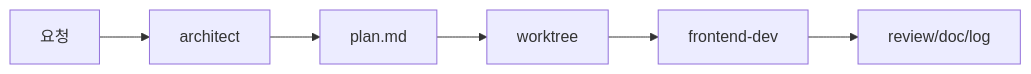
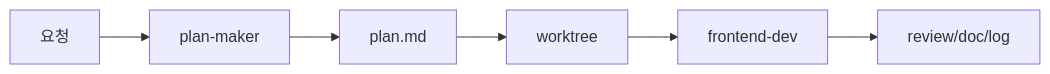
Before and after one commit to SeoJaeWan/try-claude-code: diagram 13 of 14 in docs/claude-code-workflow-evolution.md, drawn with Mermaid. The commit also changed other lines of this file and 25 other files, not shown here.

Commit message:
refactor(planning): rename architect skill to plan-maker

````diff
--- a/docs/claude-code-workflow-evolution.md
+++ b/docs/claude-code-workflow-evolution.md
@@ -797,11 +797,11 @@
 ```mermaid
 flowchart LR
     U["요청"]
-    ARCH["architect"]
+    ARCH["plan-maker"]
     PLAN["plan.md"]
     WT["worktree"]
     FE["frontend-dev"]
     REVIEW["review/doc/log"]
 
     U --> ARCH --> PLAN --> WT --> FE --> REVIEW
 ```
````
